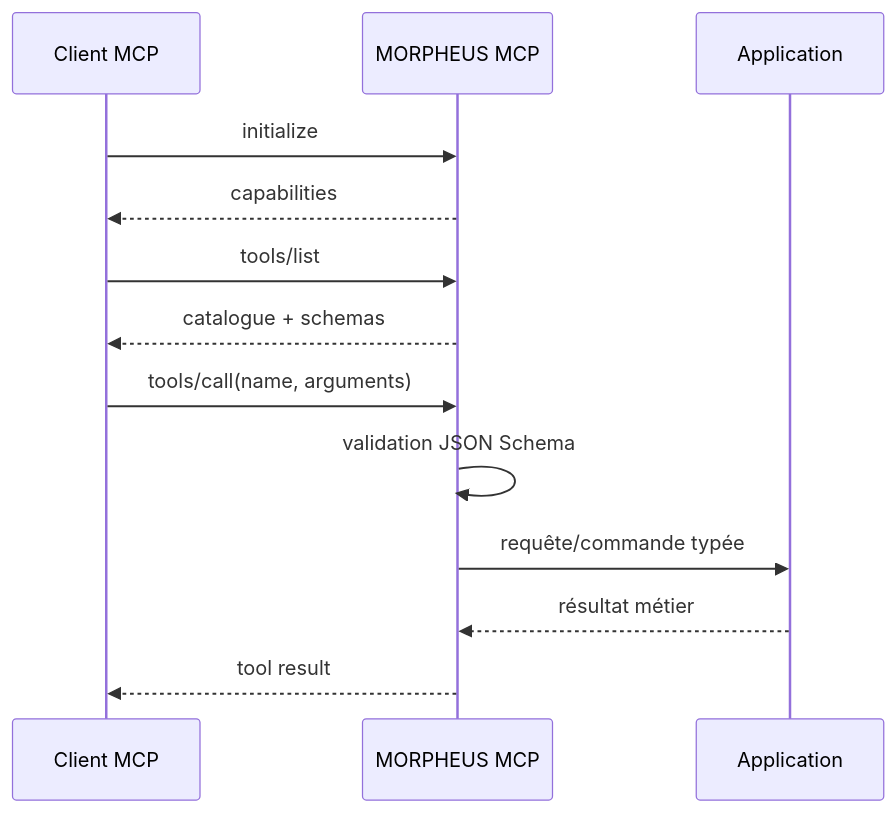
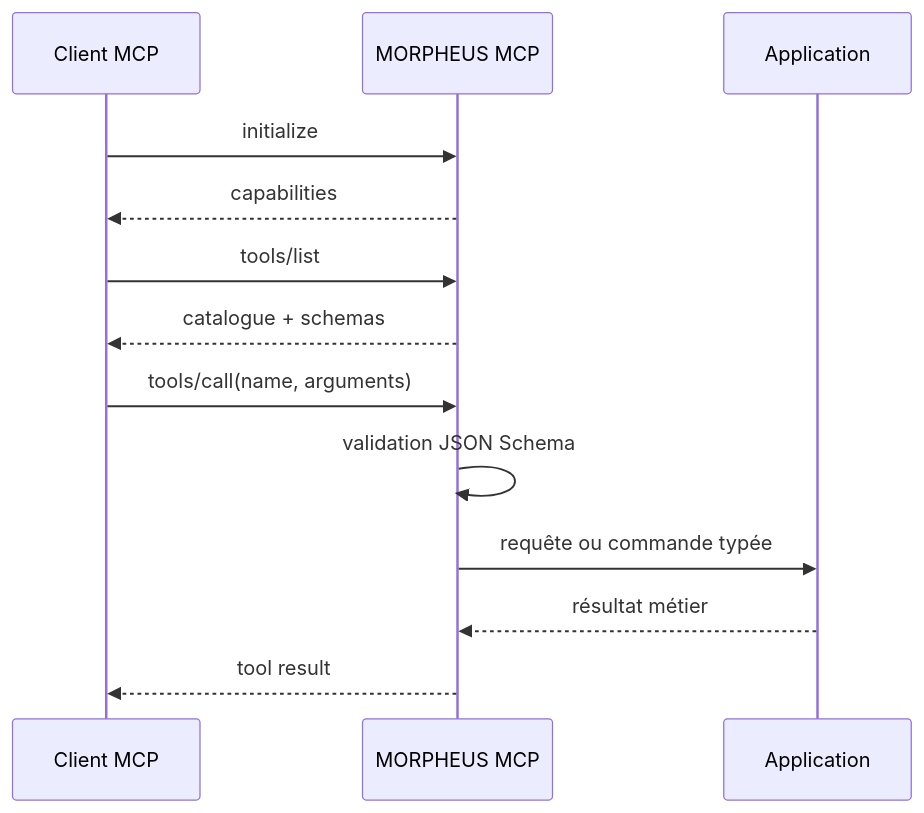
The diagram in docs/developer/MCP.md (FTurleque/morpheus-engine), drawn with Mermaid before and after one commit. The commit also changed other lines of this file, not shown here.

Commit message:
docs(m28): update MCP architecture and client wiring

````diff
--- a/docs/developer/MCP.md
+++ b/docs/developer/MCP.md
@@ -54,16 +60,16 @@
 ```mermaid
 sequenceDiagram
     participant Client as Client MCP
     participant Server as MORPHEUS MCP
     participant App as Application
 
     Client->>Server: initialize
     Server-->>Client: capabilities
     Client->>Server: tools/list
     Server-->>Client: catalogue + schemas
     Client->>Server: tools/call(name, arguments)
     Server->>Server: validation JSON Schema
-    Server->>App: requête/commande typée
+    Server->>App: requête ou commande typée
     App-->>Server: résultat métier
     Server-->>Client: tool result
 ```
````
